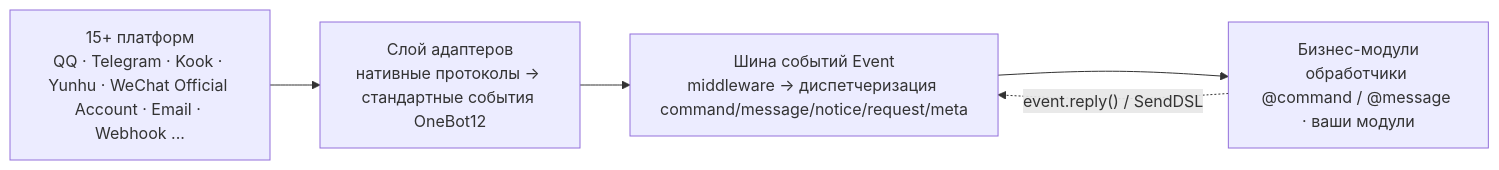
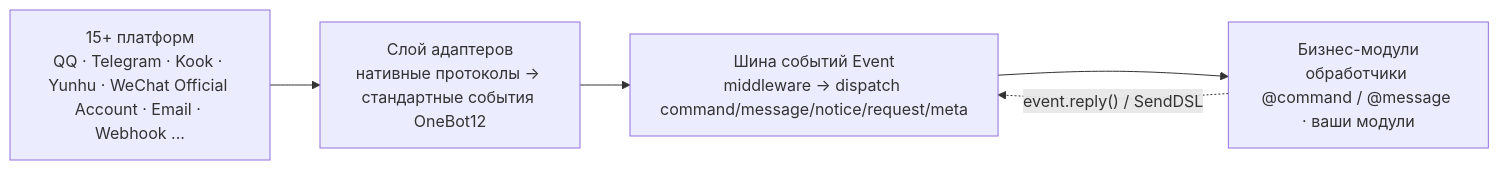
One commit to ErisPulse/ErisPulse changed the first of 2 diagrams in README.ru.md. Above: the diagram before and after it, drawn with Mermaid. The commit also changed other lines of this file and 115 other files, not shown here.

````diff
--- a/README.ru.md
+++ b/README.ru.md
@@ -111,9 +111,9 @@
 ```mermaid
 graph LR
     P["15+ платформ<br/>QQ · Telegram · Kook · Yunhu · WeChat Official Account · Email · Webhook ..."]
     A["Слой адаптеров<br/>нативные протоколы → стандартные события OneBot12"]
-    Event["Шина событий Event<br/>middleware → диспетчеризация command/message/notice/request/meta"]
+    Event["Шина событий Event<br/>middleware → dispatch command/message/notice/request/meta"]
     M["Бизнес-модули<br/>обработчики @command / @message · ваши модули"]
     P --> A --> Event --> M
     M -.->|"event.reply() / SendDSL"| Event
 ```
````
